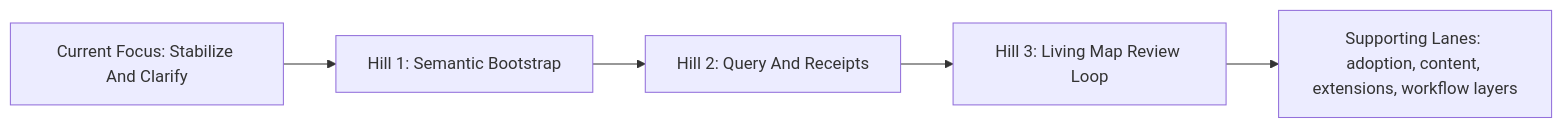
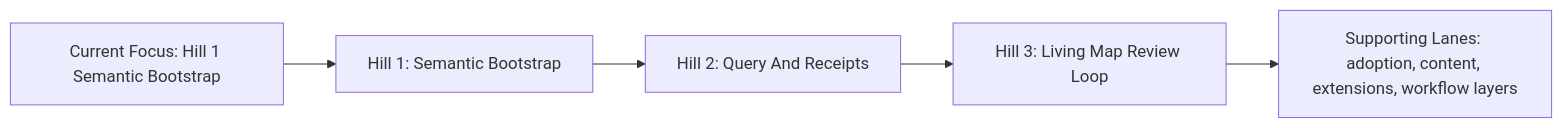
Before and after one commit to flyingrobots/git-mind: the diagram in ROADMAP.md, drawn with Mermaid.

Commit message:
docs: align hill map current focus (#303)

````diff
--- a/ROADMAP.md
+++ b/ROADMAP.md
@@ -129,7 +129,7 @@
 ```mermaid
 flowchart LR
-    C["Current Focus: Stabilize And Clarify"] --> H1["Hill 1: Semantic Bootstrap"]
+    C["Current Focus: Hill 1 Semantic Bootstrap"] --> H1["Hill 1: Semantic Bootstrap"]
     H1 --> H2["Hill 2: Query And Receipts"]
     H2 --> H3["Hill 3: Living Map Review Loop"]
     H3 --> L["Supporting Lanes: adoption, content, extensions, workflow layers"]
 ```
````
